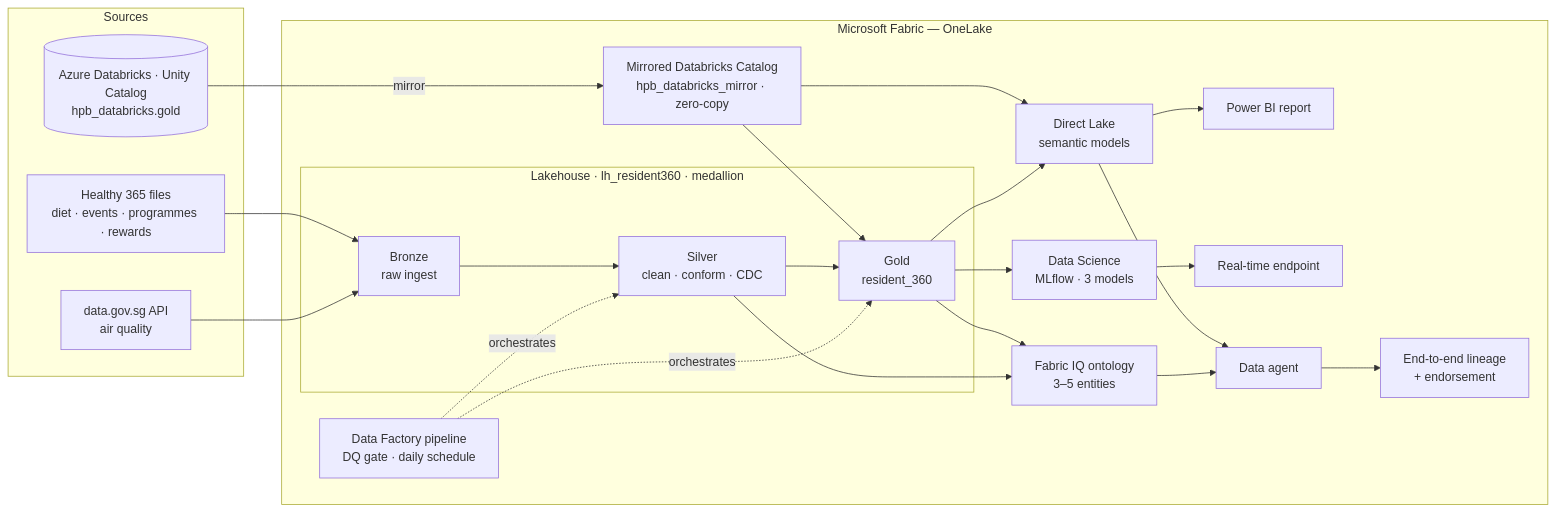
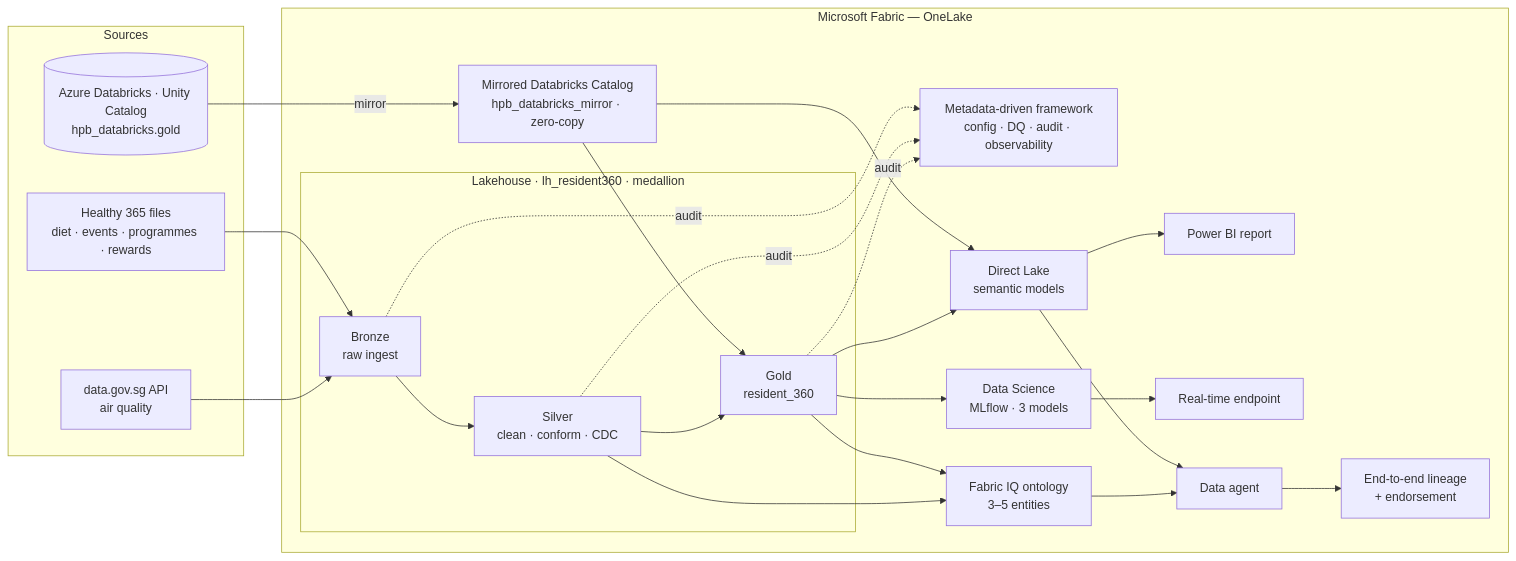
Before and after one commit to ericshawtyz/resident-360-data-workshop: the diagram in README.md, drawn with Mermaid. The commit also changed other lines of this file and 75 other files, not shown here.

````diff
--- a/README.md
+++ b/README.md
@@ -42,39 +40,40 @@
 ```mermaid
 flowchart LR
   subgraph SRC["Sources"]
     DBX[("Azure Databricks · Unity Catalog<br/>hpb_databricks.gold")]
     FILES["Healthy 365 files<br/>diet · events · programmes · rewards"]
     API["data.gov.sg API<br/>air quality"]
   end
   subgraph FAB["Microsoft Fabric — OneLake"]
     MIR["Mirrored Databricks Catalog<br/>hpb_databricks_mirror · zero-copy"]
     subgraph LH["Lakehouse · lh_resident360 · medallion"]
       BRZ["Bronze<br/>raw ingest"]
       SLV["Silver<br/>clean · conform · CDC"]
       GLD["Gold<br/>resident_360"]
     end
-    PIPE["Data Factory pipeline<br/>DQ gate · daily schedule"]
+    GOV["Metadata-driven framework<br/>config · DQ · audit · observability"]
     SM["Direct Lake<br/>semantic models"]
     RPT["Power BI report"]
     ML["Data Science<br/>MLflow · 3 models"]
     EP["Real-time endpoint"]
     ONT["Fabric IQ ontology<br/>3–5 entities"]
     AGENT["Data agent"]
     LIN["End-to-end lineage<br/>+ endorsement"]
   end
   DBX -->|mirror| MIR
   FILES --> BRZ
   API --> BRZ
   MIR --> GLD
   BRZ --> SLV --> GLD
-  PIPE -. orchestrates .-> SLV
-  PIPE -. orchestrates .-> GLD
+  BRZ -. audit .-> GOV
+  SLV -. audit .-> GOV
+  GLD -. audit .-> GOV
   MIR --> SM
   GLD --> SM --> RPT
   GLD --> ML --> EP
   GLD --> ONT
   SLV --> ONT
   SM --> AGENT
   ONT --> AGENT
   AGENT --> LIN
 ```
````
